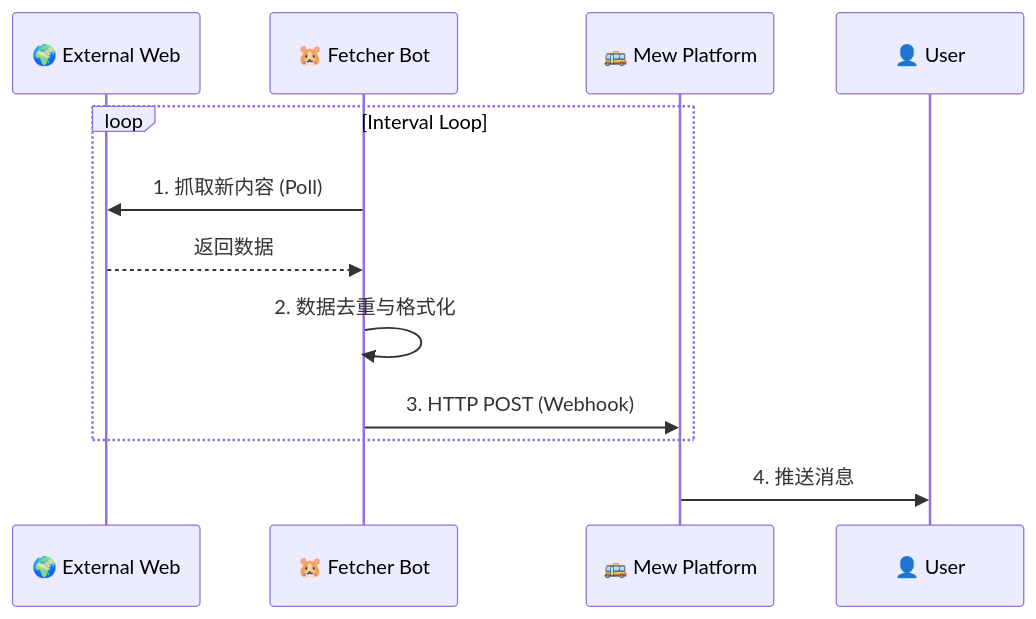
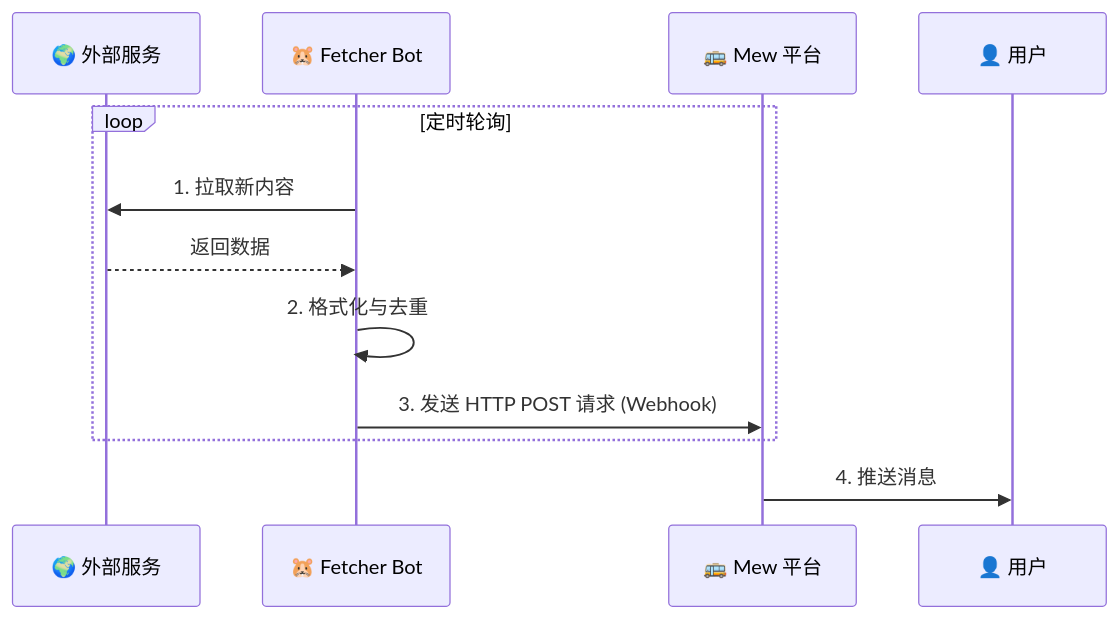
Before and after one commit to U1805/mew: the first of 2 diagrams in website/docs/bot-sdk/bot-ecosystem.md, drawn with Mermaid. The commit also changed other lines of this file and 18 other files, not shown here.

````diff
--- a/website/docs/bot-sdk/bot-ecosystem.md
+++ b/website/docs/bot-sdk/bot-ecosystem.md
@@ -33,15 +30,15 @@
 ```mermaid
 sequenceDiagram
-    participant Web as 🌍 External Web
+    participant Web as 🌍 外部服务
     participant Bot as 🐹 Fetcher Bot
-    participant Mew as 🚌 Mew Platform
-    participant User as 👤 User
+    participant Mew as 🚌 Mew 平台
+    participant User as 👤 用户
 
-    loop Interval Loop
-        Bot ->> Web: 1. 抓取新内容 (Poll)
+    loop 定时轮询
+        Bot ->> Web: 1. 拉取新内容
         Web -->> Bot: 返回数据
-        Bot ->> Bot: 2. 数据去重与格式化
-        Bot ->> Mew: 3. HTTP POST (Webhook)
+        Bot ->> Bot: 2. 格式化与去重
+        Bot ->> Mew: 3. 发送 HTTP POST 请求 (Webhook)
     end
     Mew->>User: 4. 推送消息
 ```
````
